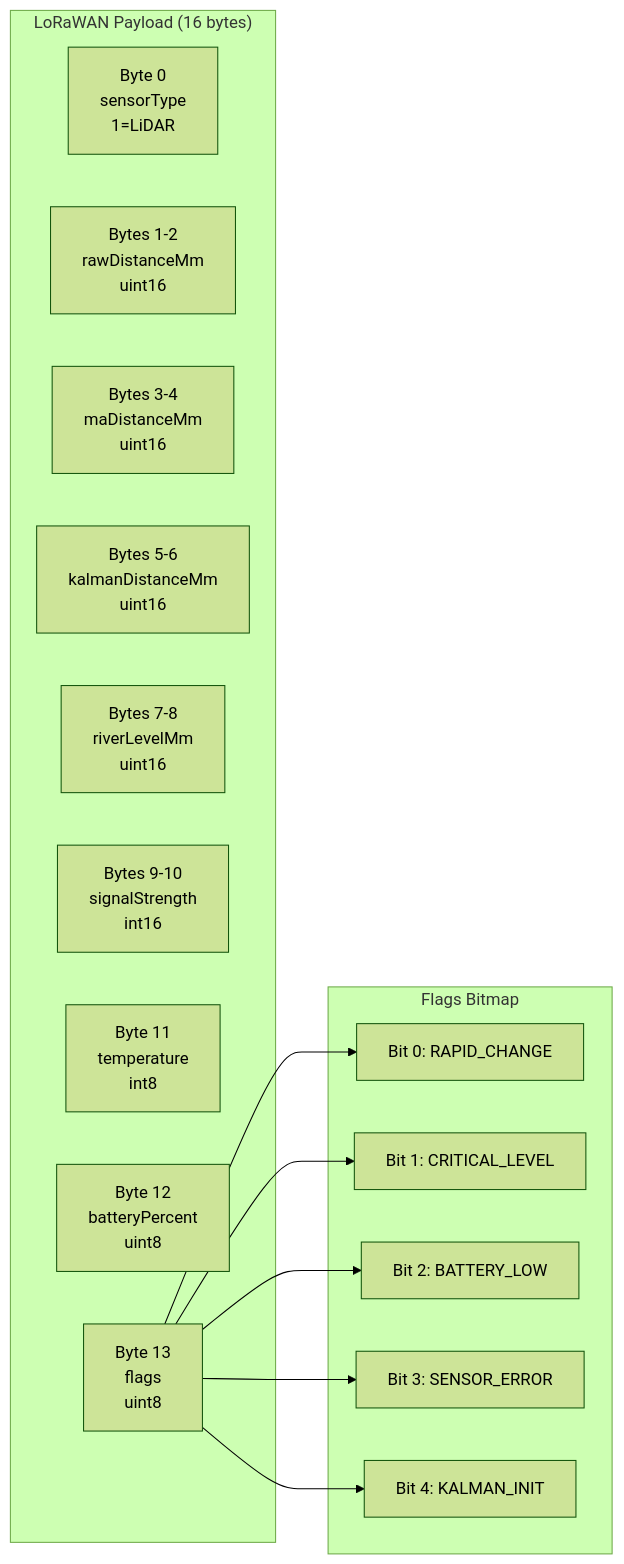
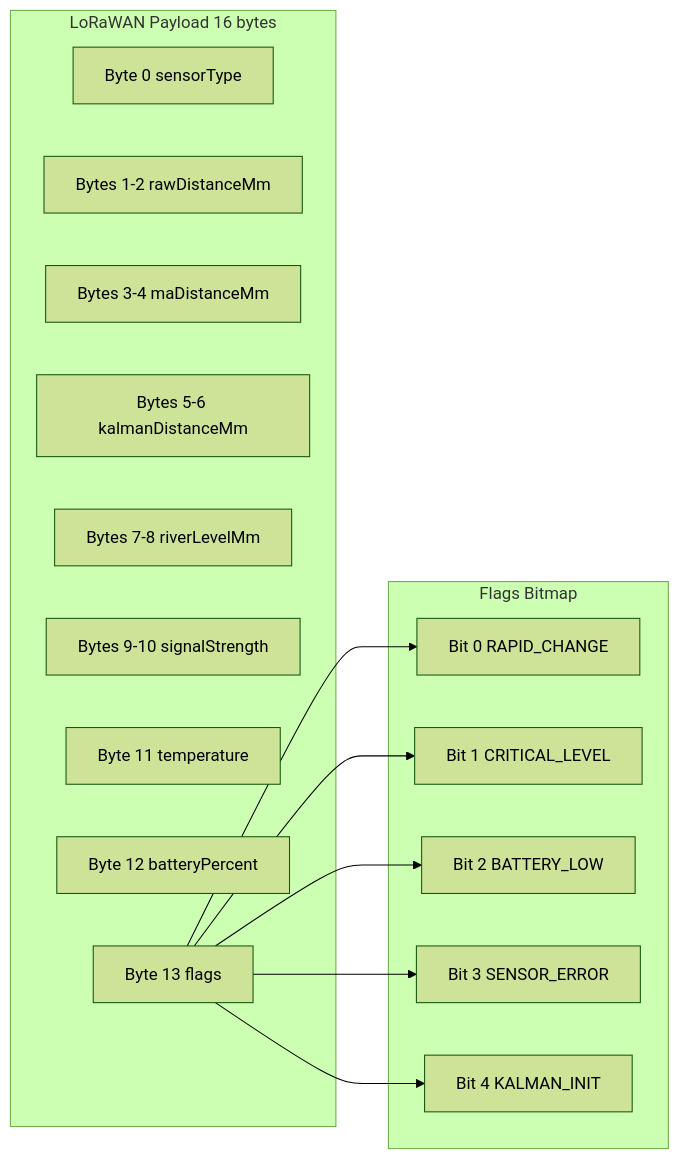
The seventh of 10 diagrams in docs/architecture-diagrams.md (Klausdk1999/lora-modules), drawn with Mermaid (forest theme) before and after one commit. The commit also changed other lines of this file, not shown here.

First line of the commit message:
Refactor architecture diagrams for clarity and consistency

````diff
--- a/docs/architecture-diagrams.md
+++ b/docs/architecture-diagrams.md
@@ -368,28 +336,28 @@
 ```mermaid
 graph LR
-    subgraph "LoRaWAN Payload (16 bytes)"
-        B0[Byte 0<br/>sensorType<br/>1=LiDAR]
-        B1[Bytes 1-2<br/>rawDistanceMm<br/>uint16]
-        B2[Bytes 3-4<br/>maDistanceMm<br/>uint16]
-        B3[Bytes 5-6<br/>kalmanDistanceMm<br/>uint16]
-        B4[Bytes 7-8<br/>riverLevelMm<br/>uint16]
-        B5[Bytes 9-10<br/>signalStrength<br/>int16]
-        B6[Byte 11<br/>temperature<br/>int8]
-        B7[Byte 12<br/>batteryPercent<br/>uint8]
-        B8[Byte 13<br/>flags<br/>uint8]
+    subgraph Payload[LoRaWAN Payload 16 bytes]
+        B0[Byte 0 sensorType]
+        B1[Bytes 1-2 rawDistanceMm]
+        B2[Bytes 3-4 maDistanceMm]
+        B3[Bytes 5-6 kalmanDistanceMm]
+        B4[Bytes 7-8 riverLevelMm]
+        B5[Bytes 9-10 signalStrength]
+        B6[Byte 11 temperature]
+        B7[Byte 12 batteryPercent]
+        B8[Byte 13 flags]
     end
 
-    subgraph "Flags Bitmap"
-        F0[Bit 0: RAPID_CHANGE]
-        F1[Bit 1: CRITICAL_LEVEL]
-        F2[Bit 2: BATTERY_LOW]
-        F3[Bit 3: SENSOR_ERROR]
-        F4[Bit 4: KALMAN_INIT]
+    subgraph FlagsBits[Flags Bitmap]
+        F0[Bit 0 RAPID_CHANGE]
+        F1[Bit 1 CRITICAL_LEVEL]
+        F2[Bit 2 BATTERY_LOW]
+        F3[Bit 3 SENSOR_ERROR]
+        F4[Bit 4 KALMAN_INIT]
     end
 
     B8 --> F0
     B8 --> F1
     B8 --> F2
     B8 --> F3
     B8 --> F4
 ```
````
